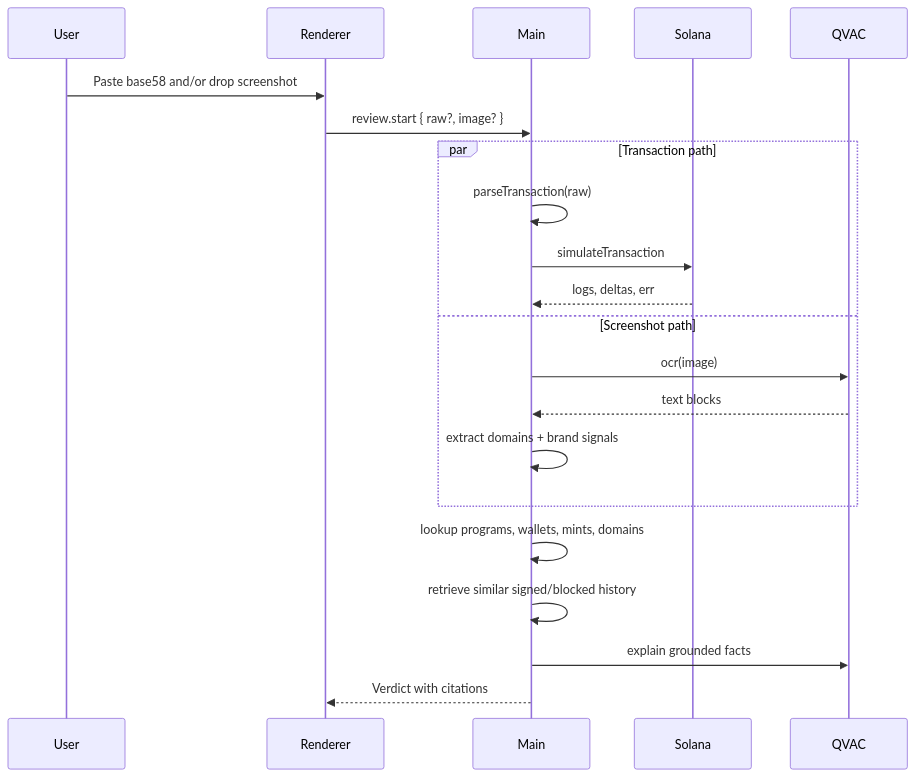
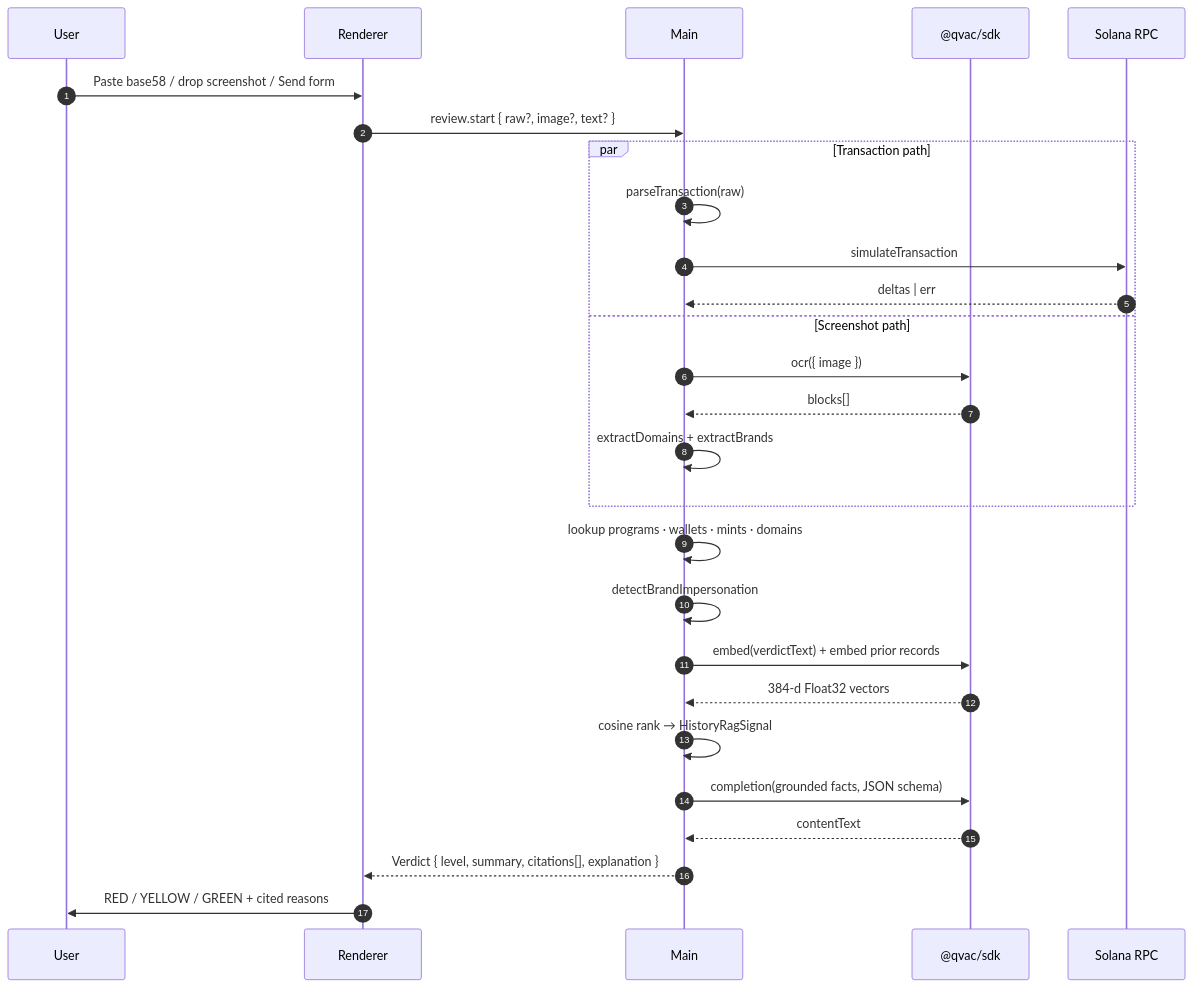
One commit to Enoch208/Argus changed the second of 3 diagrams in README.md. Above: the diagram before and after it, drawn with Mermaid. The commit also changed other lines of this file, not shown here.

First line of the commit message:
docs(readme): enhance product description and clarify transaction review process

````diff
--- a/README.md
+++ b/README.md
@@ -91,26 +133,33 @@
 ```mermaid
 sequenceDiagram
-    participant User
-    participant Renderer
-    participant Main
-    participant Solana
-    participant QVAC
+    autonumber
+    participant U as User
+    participant R as Renderer
+    participant M as Main
+    participant Q as @qvac/sdk
+    participant S as Solana RPC
 
-    User->>Renderer: Paste base58 and/or drop screenshot
-    Renderer->>Main: review.start { raw?, image? }
+    U->>R: Paste base58 / drop screenshot / Send form
+    R->>M: review.start { raw?, image?, text? }
 
     par Transaction path
-        Main->>Main: parseTransaction(raw)
-        Main->>Solana: simulateTransaction
-        Solana-->>Main: logs, deltas, err
+        M->>M: parseTransaction(raw)
+        M->>S: simulateTransaction
+        S-->>M: deltas | err
     and Screenshot path
-        Main->>QVAC: ocr(image)
-        QVAC-->>Main: text blocks
-        Main->>Main: extract domains + brand signals
+        M->>Q: ocr({ image })
+        Q-->>M: blocks[]
+        M->>M: extractDomains + extractBrands
     end
 
-    Main->>Main: lookup programs, wallets, mints, domains
-    Main->>Main: retrieve similar signed/blocked history
-    Main->>QVAC: explain grounded facts
-    Main-->>Renderer: Verdict with citations
+    M->>M: lookup programs · wallets · mints · domains
+    M->>M: detectBrandImpersonation
+    M->>Q: embed(verdictText) + embed prior records
+    Q-->>M: 384-d Float32 vectors
+    M->>M: cosine rank → HistoryRagSignal
+    M->>Q: completion(grounded facts, JSON schema)
+    Q-->>M: contentText
+
+    M-->>R: Verdict { level, summary, citations[], explanation }
+    R->>U: RED / YELLOW / GREEN + cited reasons
 ```
````
